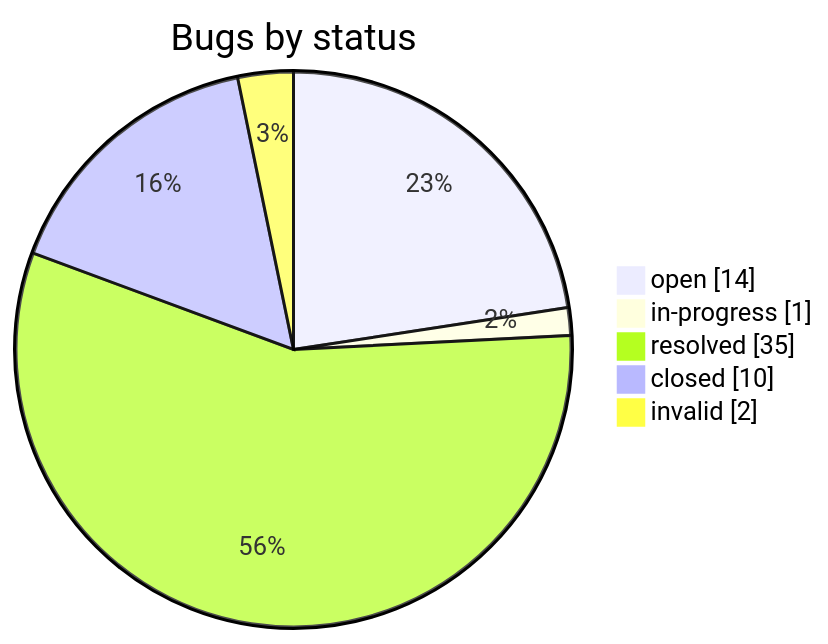
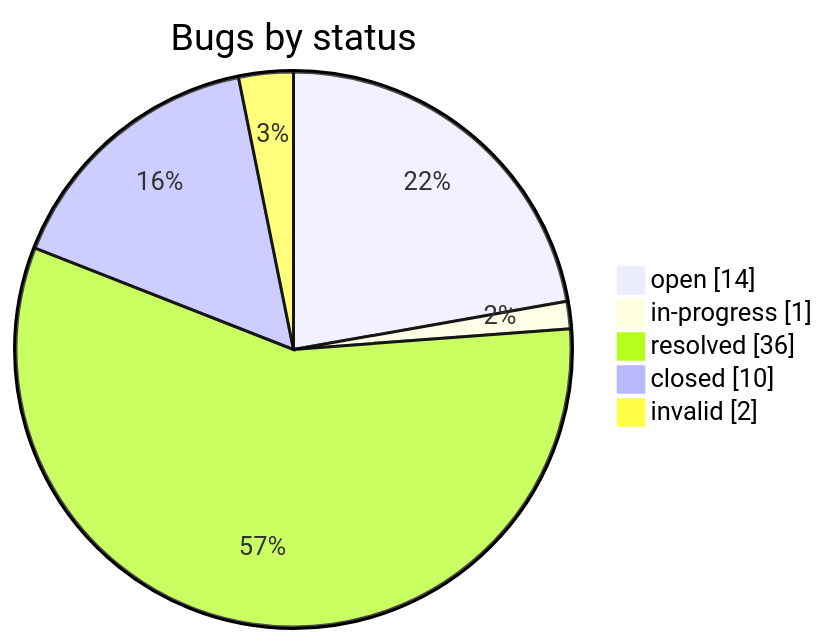
One commit to iammaxsu/automatic-testing-architecture changed the second of 2 diagrams in STATUS.md. Above: the diagram before and after it, drawn with Mermaid. The commit also changed other lines of this file and 7 other files, not shown here.

````diff
--- a/STATUS.md
+++ b/STATUS.md
@@ -165,8 +165,8 @@
 ```mermaid
 pie showData title Bugs by status
     "open" : 14
     "in-progress" : 1
-    "resolved" : 35
+    "resolved" : 36
     "closed" : 10
     "invalid" : 2
 ```
````
